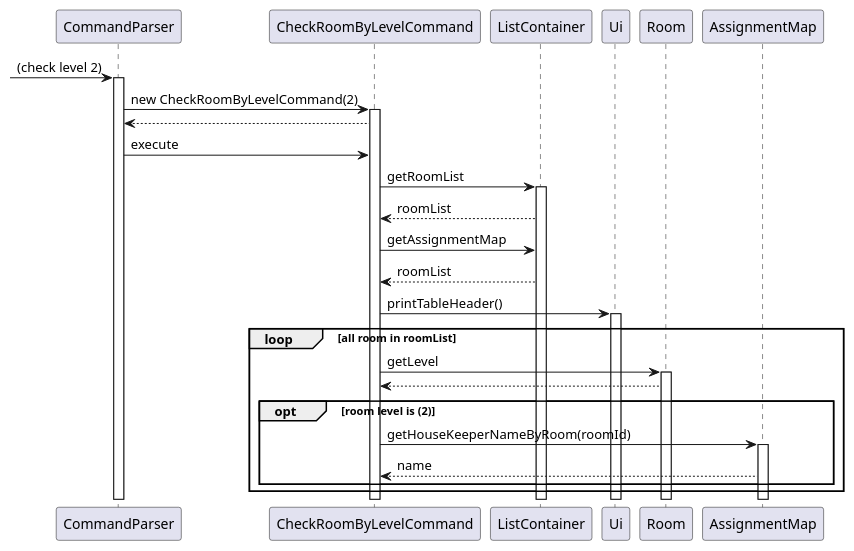
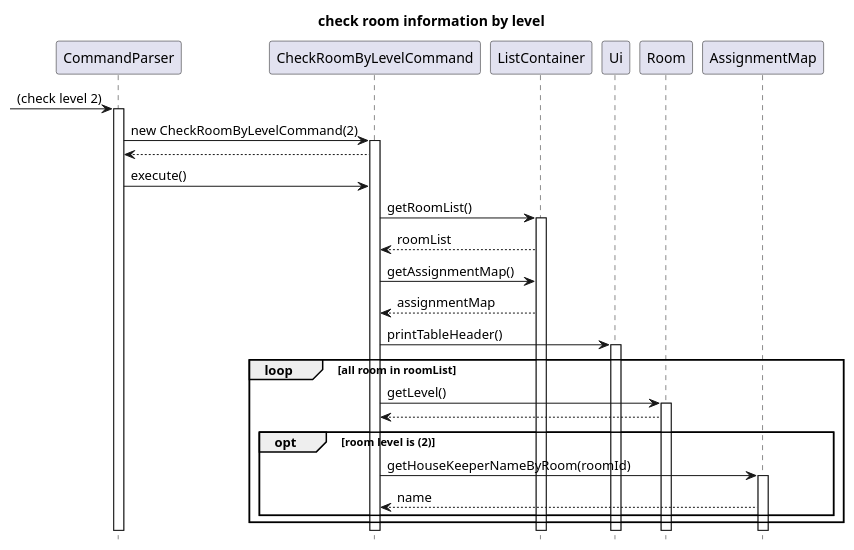
One commit to nus-cs2113-AY2122S2/tp changed the diagram in docs/team/xunyi_checkroombylevelcommand_uml/XunyiZeng_checkRoomByLevel_Sequence.puml. Above: the diagram before and after it, drawn with PlantUML. The commit also changed 1 other file, not shown here.

```diff
--- a/docs/team/xunyi_checkroombylevelcommand_uml/XunyiZeng_checkRoomByLevel_Sequence.puml
+++ b/docs/team/xunyi_checkroombylevelcommand_uml/XunyiZeng_checkRoomByLevel_Sequence.puml
@@ -1,27 +1,28 @@
 @startuml
 'https://plantuml.com/sequence-diagram
-
+title check room information by level
+hide footbox
 -> CommandParser: (check level 2)
 activate CommandParser
 CommandParser -> CheckRoomByLevelCommand: new CheckRoomByLevelCommand(2)
 activate CheckRoomByLevelCommand
 CheckRoomByLevelCommand --> CommandParser
-CommandParser -> CheckRoomByLevelCommand: execute
-CheckRoomByLevelCommand -> ListContainer: getRoomList
+CommandParser -> CheckRoomByLevelCommand: execute()
+CheckRoomByLevelCommand -> ListContainer: getRoomList()
 activate ListContainer
 ListContainer --> CheckRoomByLevelCommand: roomList
-CheckRoomByLevelCommand -> ListContainer: getAssignmentMap
-ListContainer --> CheckRoomByLevelCommand: roomList
+CheckRoomByLevelCommand -> ListContainer: getAssignmentMap()
+ListContainer --> CheckRoomByLevelCommand: assignmentMap
 CheckRoomByLevelCommand -> Ui: printTableHeader()
 activate Ui
 loop all room in roomList
-    CheckRoomByLevelCommand -> Room: getLevel
+    CheckRoomByLevelCommand -> Room: getLevel()
     activate Room
     Room --> CheckRoomByLevelCommand
     opt room level is (2)
     CheckRoomByLevelCommand -> AssignmentMap: getHouseKeeperNameByRoom(roomId)
     activate AssignmentMap
     AssignmentMap --> CheckRoomByLevelCommand: name
     end
 end
 @enduml
```
